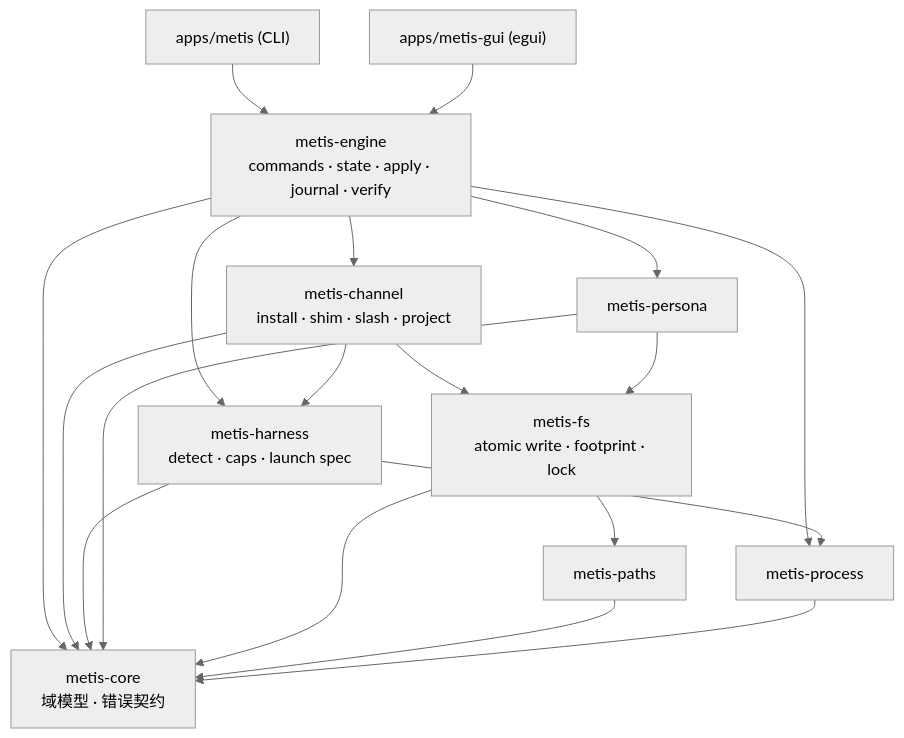
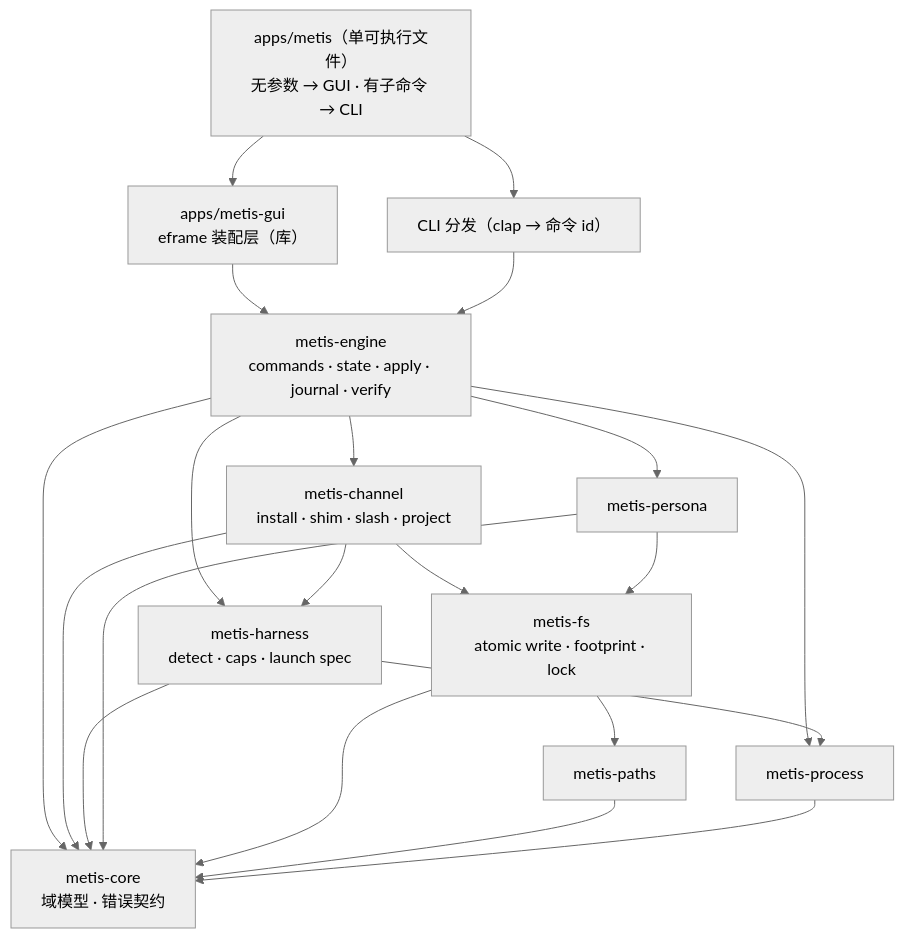
One commit to dulingzhi/metis changed the diagram in docs/ARCHITECTURE.md. Above: the diagram before and after it, drawn with Mermaid (neutral theme). The commit also changed other lines of this file and 39 other files, not shown here.

````diff
--- a/docs/ARCHITECTURE.md
+++ b/docs/ARCHITECTURE.md
@@ -21,32 +21,35 @@
 ```mermaid
 flowchart TB
-  CLI["apps/metis (CLI)"]
-  GUI["apps/metis-gui (egui)"]
+  APP["apps/metis（单可执行文件）<br/>无参数 → GUI · 有子命令 → CLI"]
+  GUI["apps/metis-gui<br/>eframe 装配层（库）"]
+  CLI["CLI 分发（clap → 命令 id）"]
   ENG["metis-engine<br/>commands · state · apply · journal · verify"]
   CH["metis-channel<br/>install · shim · slash · project"]
   HARN["metis-harness<br/>detect · caps · launch spec"]
   PER["metis-persona"]
   PROC["metis-process"]
   FS["metis-fs<br/>atomic write · footprint · lock"]
   PATHS["metis-paths"]
   CORE["metis-core<br/>域模型 · 错误契约"]
 
+  APP --> GUI
+  APP --> CLI
+  GUI --> ENG
   CLI --> ENG
-  GUI --> ENG
   ENG --> CH
   ENG --> HARN
   ENG --> PER
   ENG --> PROC
   CH --> FS
   CH --> HARN
   FS --> PATHS
   PER --> FS
   HARN --> PROC
   ENG --> CORE
   CH --> CORE
   HARN --> CORE
   PER --> CORE
   FS --> CORE
   PATHS --> CORE
   PROC --> CORE
 ```
````
